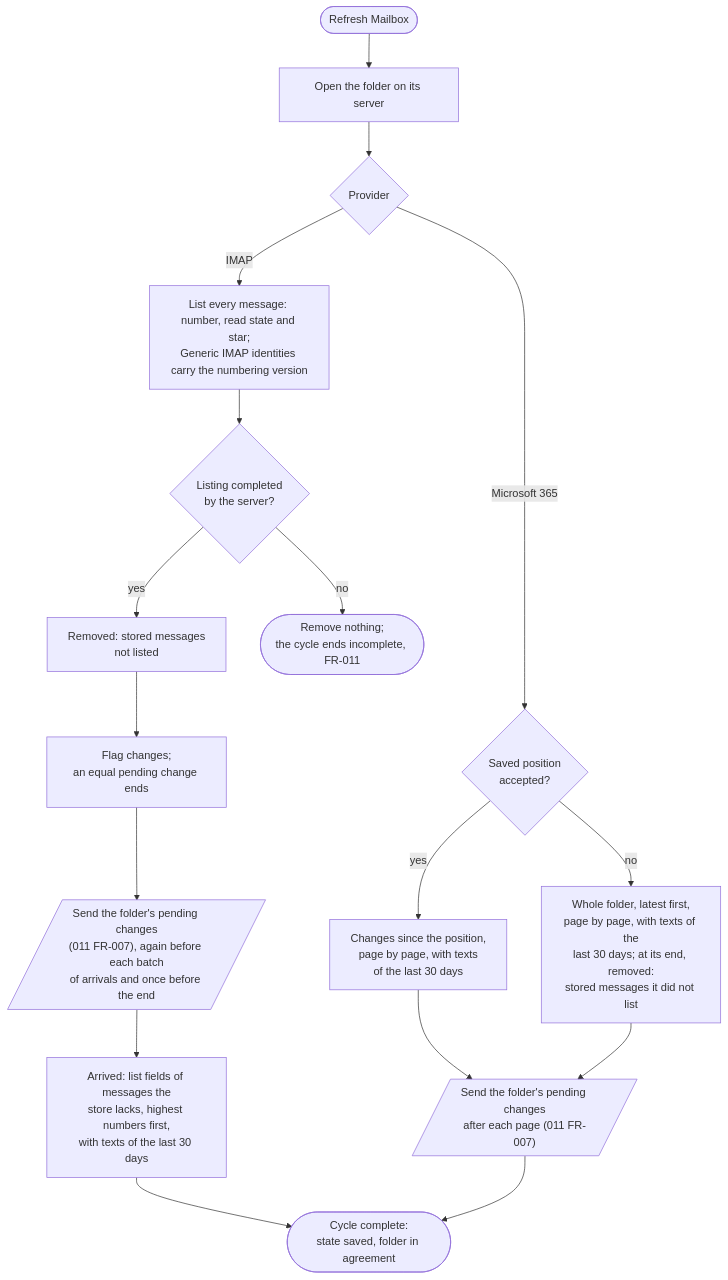
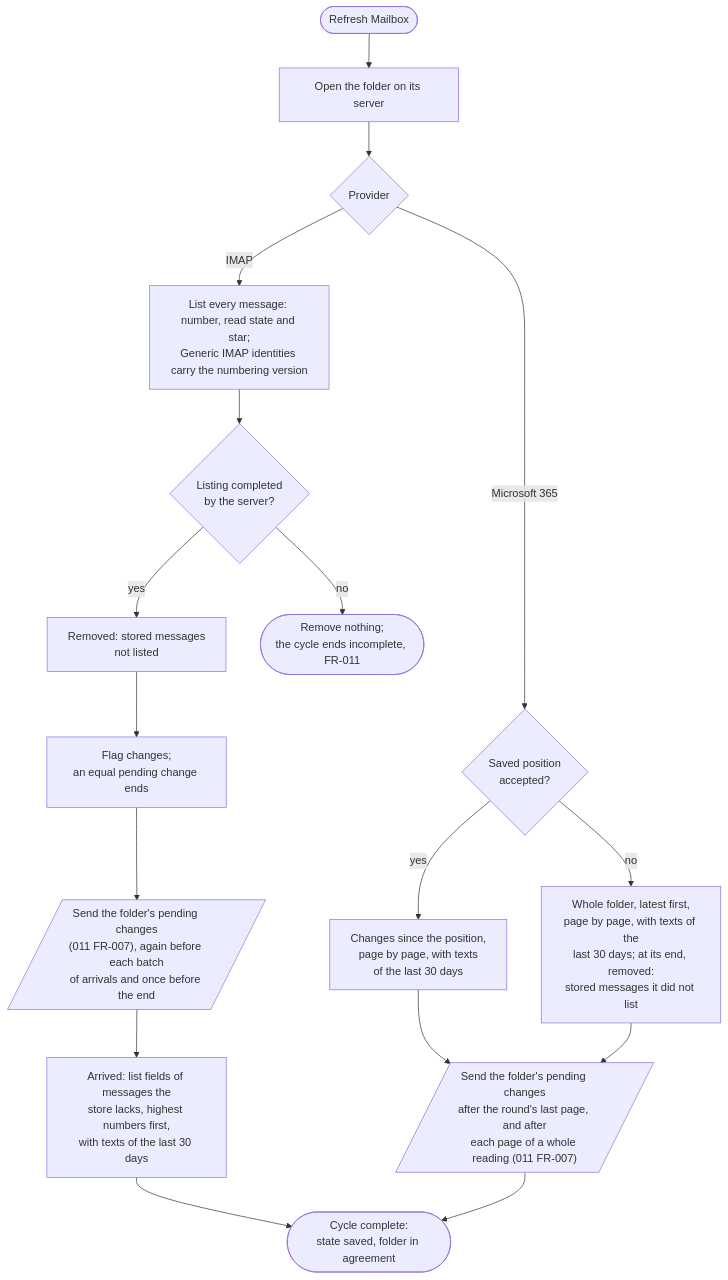
One commit to mitinand/gnome-mailbag changed the first of 2 diagrams in specs/009-synchronization/spec.md. Above: the diagram before and after it, drawn with Mermaid. The commit also changed other lines of this file and 21 other files, not shown here.

````diff
--- a/specs/009-synchronization/spec.md
+++ b/specs/009-synchronization/spec.md
@@ -680,22 +682,22 @@
 ```mermaid
 flowchart TD
     start([Refresh Mailbox]) --> open[Open the folder on its server]
     open --> provider{Provider}
 
     provider -->|IMAP| listing[List every message: number, read state and star;<br/>Generic IMAP identities carry the numbering version]
     listing --> proof{Listing completed<br/>by the server?}
     proof -->|yes| remove[Removed: stored messages<br/>not listed]
     proof -->|no| keep([Remove nothing;<br/>the cycle ends incomplete, FR-011])
     remove --> states[Flag changes;<br/>an equal pending change ends]
     states --> pending[/"Send the folder's pending changes<br/>(011 FR-007), again before each batch<br/>of arrivals and once before the end"/]
     pending --> arrive[Arrived: list fields of messages the<br/>store lacks, highest numbers first,<br/>with texts of the last 30 days]
 
     provider -->|Microsoft 365| position{Saved position<br/>accepted?}
     position -->|yes| changes[Changes since the position,<br/>page by page, with texts<br/>of the last 30 days]
     position -->|no| full[Whole folder, latest first,<br/>page by page, with texts of the<br/>last 30 days; at its end, removed:<br/>stored messages it did not list]
-    changes --> pending365[/"Send the folder's pending changes<br/>after each page (011 FR-007)"/]
+    changes --> pending365[/"Send the folder's pending changes<br/>after the round's last page, and after<br/>each page of a whole reading (011 FR-007)"/]
     full --> pending365
 
     arrive --> done([Cycle complete:<br/>state saved, folder in agreement])
     pending365 --> done
 ```
````
